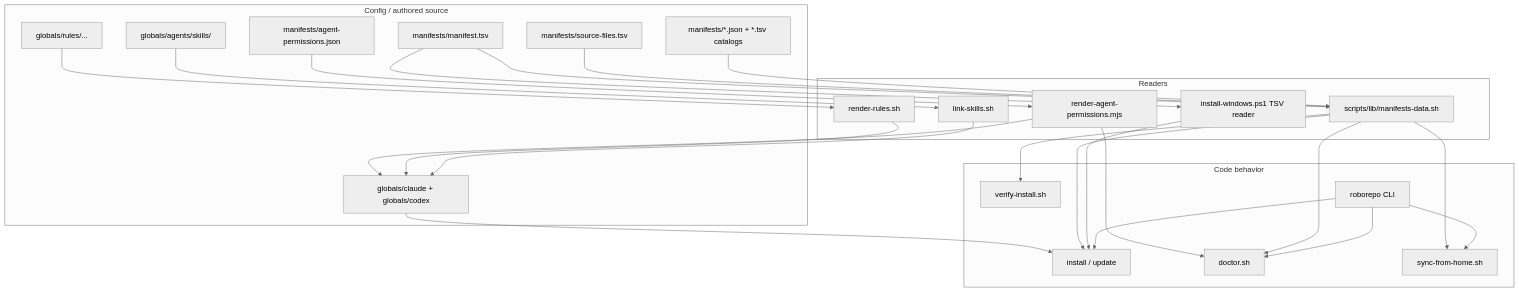
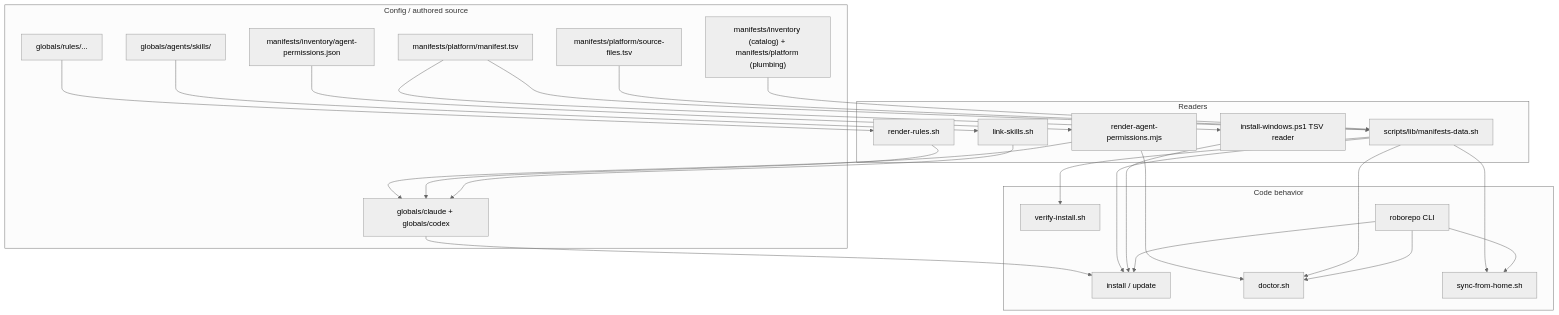
The first of 3 diagrams in docs/architecture/config-code-separation.md (kirinmurphy/agent_harness_configs), drawn with Mermaid (neutral theme) before and after one commit. The commit also changed other lines of this file and 49 other files, not shown here.

````diff
--- a/docs/architecture/config-code-separation.md
+++ b/docs/architecture/config-code-separation.md
@@ -40,50 +40,50 @@
 ```mermaid
 flowchart TD
   subgraph data["Config / authored source"]
-    manifest["manifests/manifest.tsv"]
-    sourceFiles["manifests/source-files.tsv"]
-    agentPerms["manifests/agent-permissions.json"]
-    catalogs["manifests/*.json + *.tsv catalogs"]
+    manifest["manifests/platform/manifest.tsv"]
+    sourceFiles["manifests/platform/source-files.tsv"]
+    agentPerms["manifests/inventory/agent-permissions.json"]
+    catalogs["manifests/inventory (catalog) + manifests/platform (plumbing)"]
     rules["globals/rules/..."]
     skills["globals/agents/skills/"]
     baselines["globals/claude + globals/codex"]
   end
 
   subgraph readers["Readers"]
     bashReader["scripts/lib/manifests-data.sh"]
     psReader["install-windows.ps1 TSV reader"]
     permissionRenderer["render-agent-permissions.mjs"]
     rulesRenderer["render-rules.sh"]
     skillLinker["link-skills.sh"]
   end
 
   subgraph behavior["Code behavior"]
     install["install / update"]
     verify["verify-install.sh"]
     doctor["doctor.sh"]
     sync["sync-from-home.sh"]
     cli["roborepo CLI"]
   end
 
   manifest --> bashReader
   manifest --> psReader
   sourceFiles --> bashReader
   agentPerms --> permissionRenderer
   catalogs --> bashReader
   rules --> rulesRenderer
   skills --> skillLinker
   baselines --> install
 
   permissionRenderer --> baselines
   permissionRenderer --> doctor
   bashReader --> install
   bashReader --> verify
   bashReader --> doctor
   bashReader --> sync
   psReader --> install
   rulesRenderer --> baselines
   skillLinker --> baselines
   cli --> install
   cli --> sync
   cli --> doctor
 ```
````
